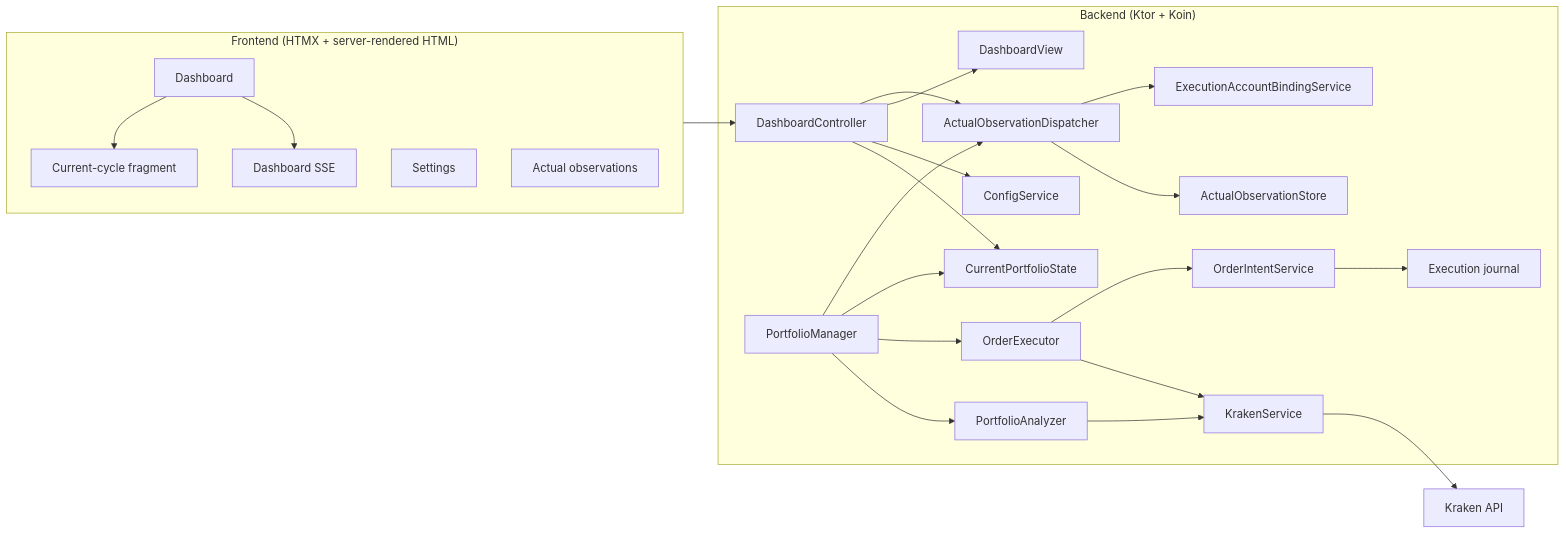
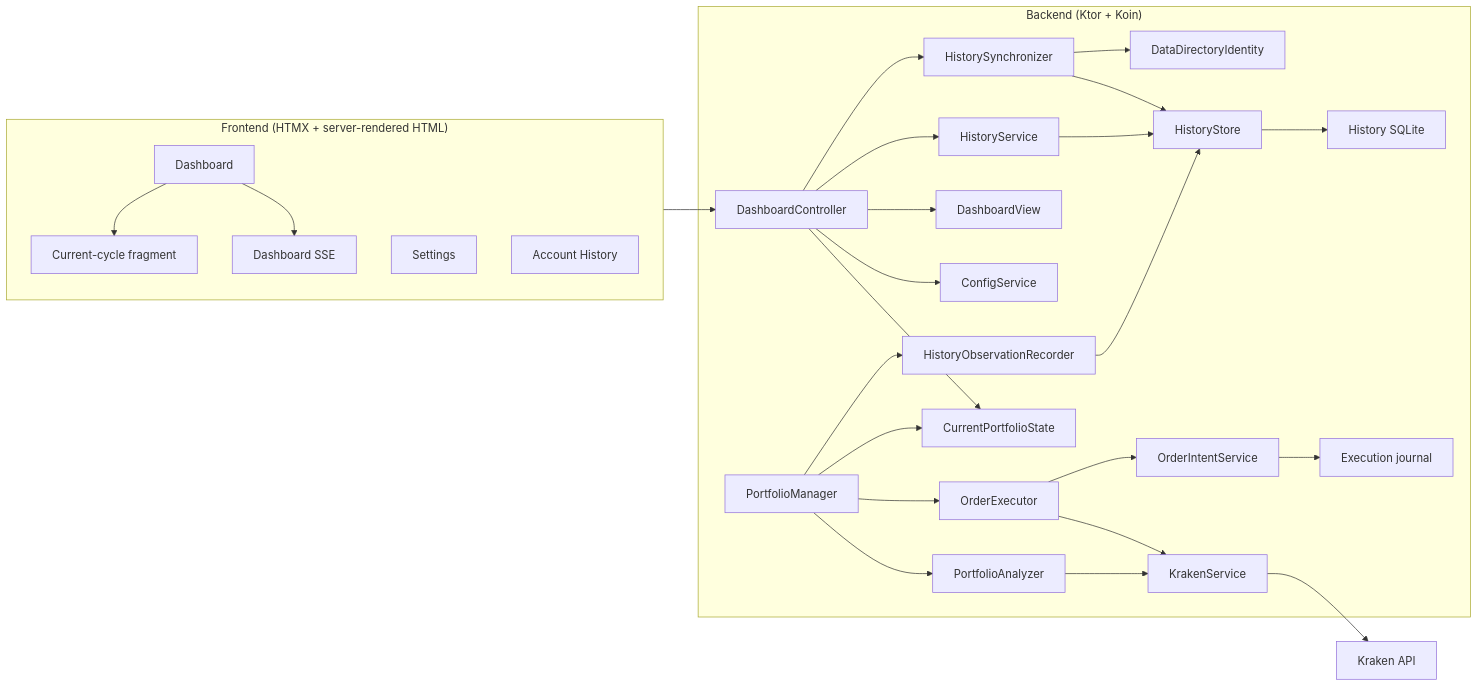
Before and after one commit to HyperVon/new-kraken-rebalancer: the diagram in README.md, drawn with Mermaid. The commit also changed other lines of this file and 213 other files, not shown here.

First line of the commit message:
feat: restore account-scoped History (#414)

````diff
--- a/README.md
+++ b/README.md
@@ -361,29 +365,33 @@
 ```mermaid
 graph LR
     subgraph Frontend["Frontend (HTMX + server-rendered HTML)"]
         D[Dashboard] --> DF[Current-cycle fragment]
         D --> SSE[Dashboard SSE]
         S[Settings]
-        A[Actual observations]
+        H[Account History]
     end
 
     subgraph Backend["Backend (Ktor + Koin)"]
         DC[DashboardController] --> CPS[CurrentPortfolioState]
         DC --> CS[ConfigService]
         DC --> DV[DashboardView]
         PM[PortfolioManager] --> PA[PortfolioAnalyzer]
         PM --> OE[OrderExecutor]
         PM --> CPS
-        PM --> AD[ActualObservationDispatcher]
-        DC --> AD
-        AD --> AOS[ActualObservationStore]
-        AD --> EAB[ExecutionAccountBindingService]
+        PM --> HR[HistoryObservationRecorder]
+        DC --> HS[HistoryService]
+        DC --> SY[HistorySynchronizer]
+        HR --> HStore[HistoryStore]
+        SY --> HStore
+        HS --> HStore
+        HStore --> HDB[History SQLite]
+        SY --> EAB[DataDirectoryIdentity]
         PA --> KS[KrakenService]
         OE --> KS
         OE --> OI[OrderIntentService]
         OI --> EJ[Execution journal]
     end
 
     Frontend --> DC
     KS --> KA[Kraken API]
 ```
````
